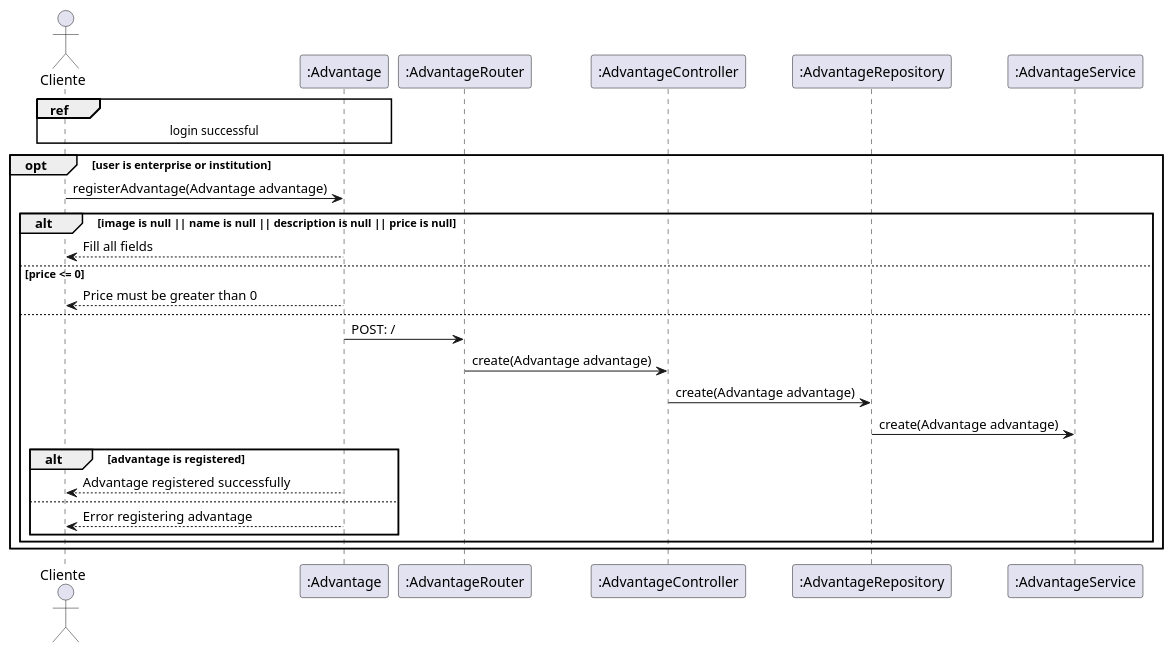
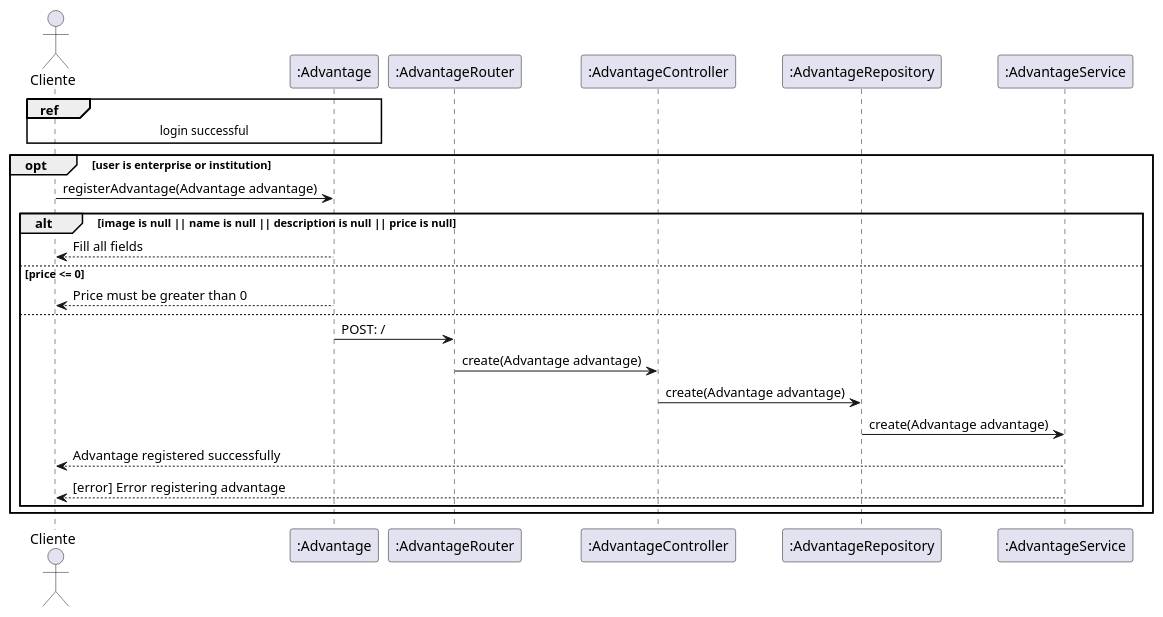
One commit to migueltico2/laboratorio-de-desenvolvimento-de-software changed the diagram in projeto 4/project/sequenceDiagramRegisterAdvantage.plantuml. Above: the diagram before and after it, drawn with PlantUML. The commit also changed 1 other file, not shown here.

Commit message:
fix: fix diagram

```diff
--- a/projeto 4/project/sequenceDiagramRegisterAdvantage.plantuml
+++ b/projeto 4/project/sequenceDiagramRegisterAdvantage.plantuml
@@ -1,31 +1,28 @@
 @startuml
 
 actor "Cliente" as cliente
 participant ":Advantage" as ad
 participant ":AdvantageRouter" as adRouter
 participant ":AdvantageController" as adController
 participant ":AdvantageRepository" as adRepository
 participant ":AdvantageService" as adService
 
 ref over cliente, ad: login successful
 
 opt user is enterprise or institution
     cliente -> ad : registerAdvantage(Advantage advantage)
     alt image is null || name is null || description is null || price is null
         ad --> cliente : Fill all fields
     else price <= 0
         ad --> cliente : Price must be greater than 0
     else
         ad -> adRouter : POST: /
         adRouter -> adController : create(Advantage advantage)
         adController -> adRepository : create(Advantage advantage)
         adRepository -> adService : create(Advantage advantage)
-        alt advantage is registered
-            ad --> cliente : Advantage registered successfully
-        else
-            ad --> cliente : Error registering advantage
-        end
+        adService --> cliente : Advantage registered successfully
+        adService --> cliente : [error] Error registering advantage
     end
 end
 
 @enduml
```
